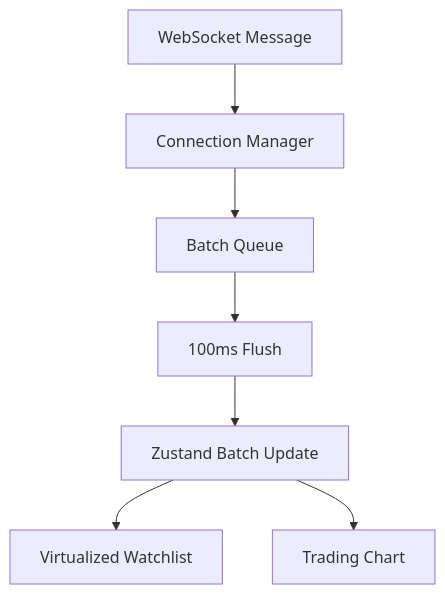
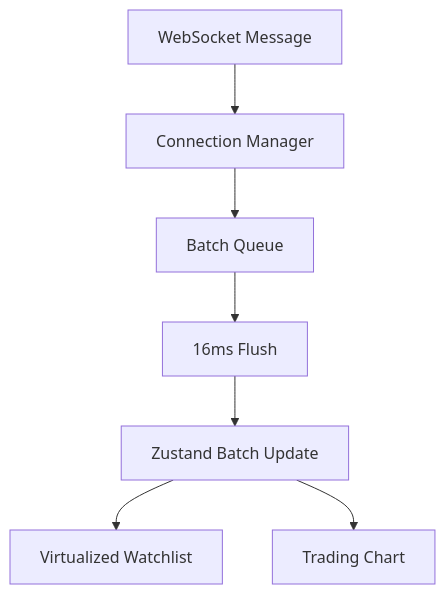
The second of 2 diagrams in docs/architecture.md (AntarikshAlse/marketops-dashboard), drawn with Mermaid before and after one commit. The commit also changed other lines of this file and 14 other files, not shown here.

````diff
--- a/docs/architecture.md
+++ b/docs/architecture.md
@@ -32,29 +32,29 @@
 ```mermaid
 flowchart TD
 
 A[WebSocket Message]
 
 B[Connection Manager]
 
 C[Batch Queue]
 
-D[100ms Flush]
+D[16ms Flush]
 
 E[Zustand Batch Update]
 
 F[Virtualized Watchlist]
 
 G[Trading Chart]
 
 A --> B
 
 B --> C
 
 C --> D
 
 D --> E
 
 E --> F
 
 E --> G
 ```
````
